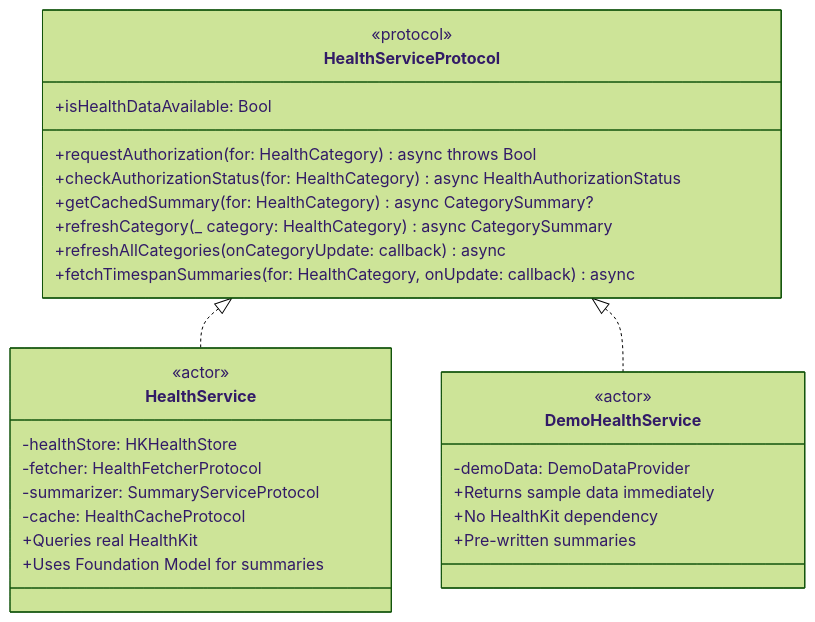
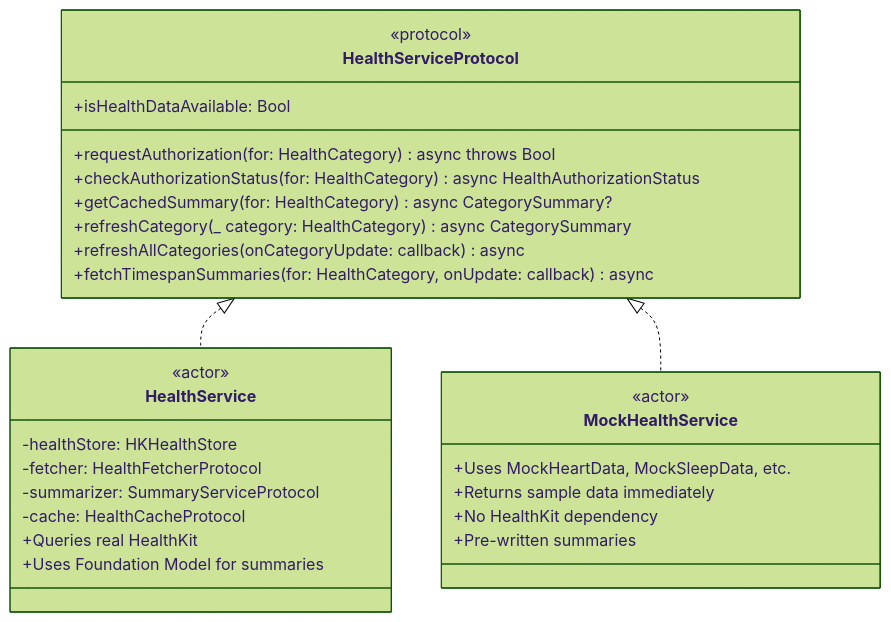
One commit to milesofmichael/HealthyMe changed the second of 3 diagrams in system-design/demo-mode-design.md. Above: the diagram before and after it, drawn with Mermaid (forest theme). The commit also changed other lines of this file and 1 other file, not shown here.

````diff
--- a/system-design/demo-mode-design.md
+++ b/system-design/demo-mode-design.md
@@ -119,34 +119,34 @@
 ```mermaid
 classDiagram
     class HealthServiceProtocol {
         <<protocol>>
         +isHealthDataAvailable: Bool
         +requestAuthorization(for: HealthCategory) async throws Bool
         +checkAuthorizationStatus(for: HealthCategory) async HealthAuthorizationStatus
         +getCachedSummary(for: HealthCategory) async CategorySummary?
         +refreshCategory(_ category: HealthCategory) async CategorySummary
         +refreshAllCategories(onCategoryUpdate: callback) async
         +fetchTimespanSummaries(for: HealthCategory, onUpdate: callback) async
     }
 
     class HealthService {
         <<actor>>
         -healthStore: HKHealthStore
         -fetcher: HealthFetcherProtocol
         -summarizer: SummaryServiceProtocol
         -cache: HealthCacheProtocol
         +Queries real HealthKit
         +Uses Foundation Model for summaries
     }
 
-    class DemoHealthService {
+    class MockHealthService {
         <<actor>>
-        -demoData: DemoDataProvider
+        +Uses MockHeartData, MockSleepData, etc.
         +Returns sample data immediately
         +No HealthKit dependency
         +Pre-written summaries
     }
 
     HealthServiceProtocol <|.. HealthService
-    HealthServiceProtocol <|.. DemoHealthService
+    HealthServiceProtocol <|.. MockHealthService
 ```
````
